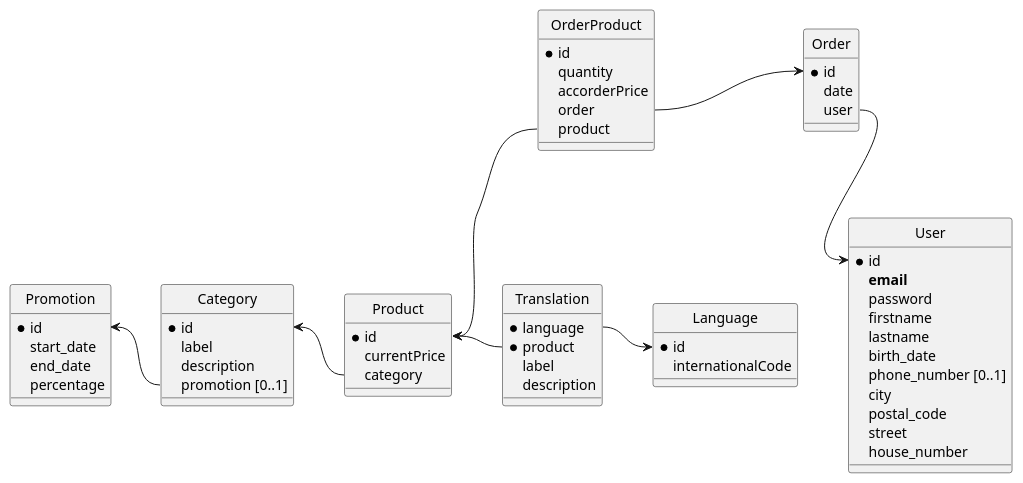
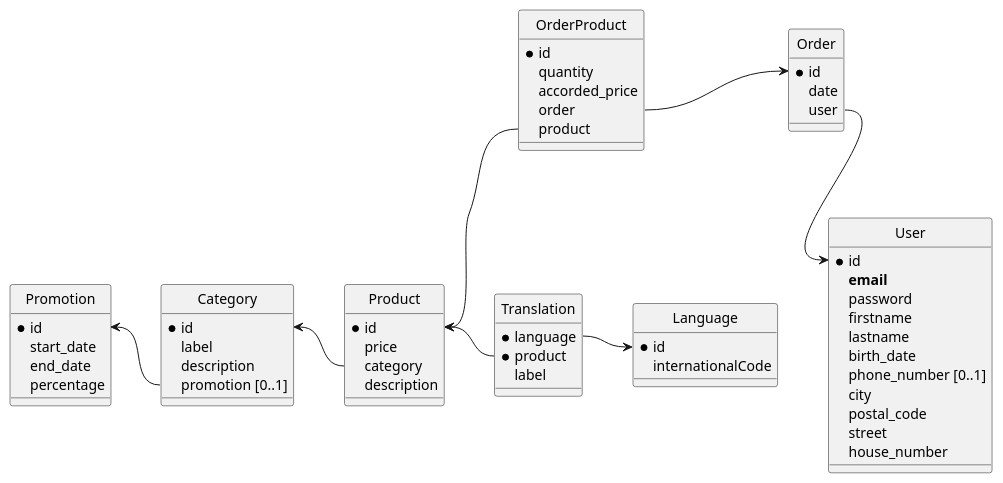
One commit to ThibBer/SportProducts changed the diagram in schema/logic.puml. Above: the diagram before and after it, drawn with PlantUML. The commit also changed 22 other files, not shown here.

```diff
--- a/schema/logic.puml
+++ b/schema/logic.puml
@@ -1,72 +1,72 @@
 @startuml
 hide circle
 
 entity User {
     * id
     **email**
     password
     firstname
     lastname
     birth_date
     phone_number [0..1]
     city
     postal_code
     street
     house_number
 }
 
 entity Category {
     * id
     label
     description
     promotion [0..1]
 }
 
 entity Product  {
     * id
-    currentPrice
+    price
     category
+    description
 }
 
 entity Order {
     *id
     date
     user
 }
 
 entity OrderProduct {
     *id
     quantity
-    accorderPrice
+    accorded_price
     order
     product
 }
 
 entity Language {
     *id
     internationalCode
 }
 
 entity Translation {
     *language
     *product
     label
-    description
 }
 
 entity Promotion {
     *id
     start_date
     end_date
     percentage
 }
 
 Order::user --> User::id
 Order::id <-left- OrderProduct::order
 Product::category -left-> Category::id
 OrderProduct::product --> Product::id
 Category::promotion -left-> Promotion::id
 
 Translation::language -right-> Language::id
 Translation::product -right-> Product::id
 @enduml
```
